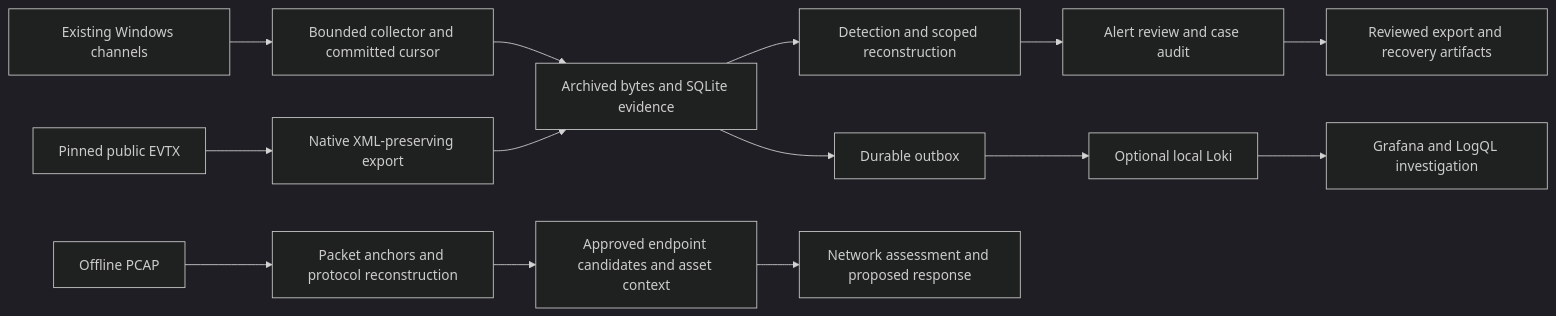
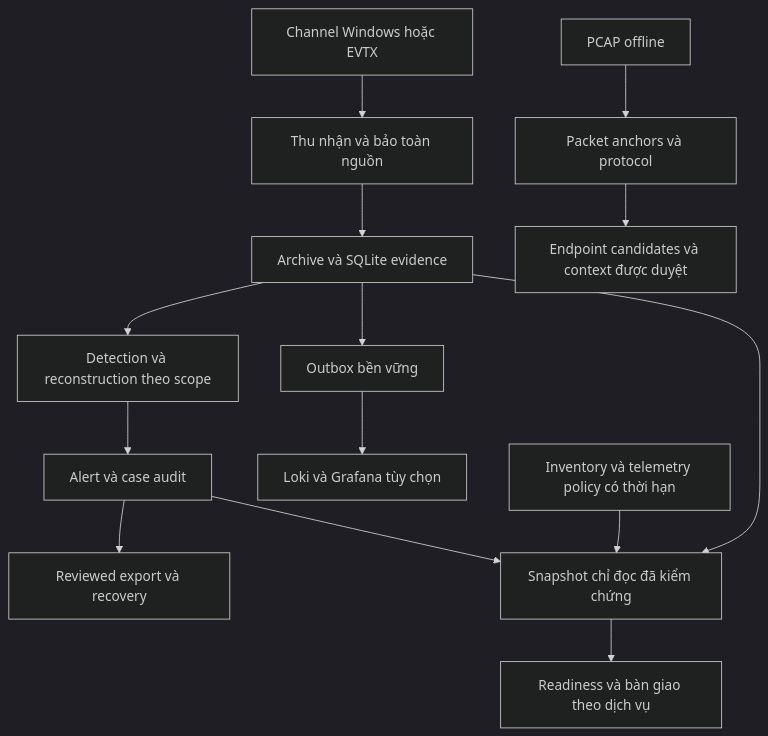
Before and after one commit to tngoc1810/soc-investigation-lab: the diagram in README.md, drawn with Mermaid (dark theme). The commit also changed other lines of this file and 36 other files, not shown here.

Commit message:
Add verified service readiness, telemetry quality and Vietnamese project dossier

````diff
--- a/README.md
+++ b/README.md
@@ -19,16 +36,16 @@
 ```mermaid
-flowchart LR
-    W[Existing Windows channels] --> C[Bounded collector and committed cursor]
-    E[Pinned public EVTX] --> X[Native XML-preserving export]
-    C --> S[Archived bytes and SQLite evidence]
-    X --> S
-    S --> D[Detection and scoped reconstruction]
-    S --> Q[Durable outbox]
-    Q --> L[Optional local Loki]
-    L --> G[Grafana and LogQL investigation]
-    D --> A[Alert review and case audit]
-    A --> R[Reviewed export and recovery artifacts]
-    P[Offline PCAP] --> N[Packet anchors and protocol reconstruction]
-    N --> B[Approved endpoint candidates and asset context]
-    B --> V[Network assessment and proposed response]
+flowchart TD
+    A[Channel Windows hoặc EVTX] --> B[Thu nhận và bảo toàn nguồn]
+    B --> C[Archive và SQLite evidence]
+    C --> D[Detection và reconstruction theo scope]
+    C --> E[Outbox bền vững]
+    E --> F[Loki và Grafana tùy chọn]
+    D --> G[Alert và case audit]
+    G --> H[Reviewed export và recovery]
+    C --> I[Snapshot chỉ đọc đã kiểm chứng]
+    G --> I
+    J[Inventory và telemetry policy có thời hạn] --> I
+    I --> K[Readiness và bàn giao theo dịch vụ]
+    L[PCAP offline] --> M[Packet anchors và protocol]
+    M --> N[Endpoint candidates và context được duyệt]
 ```
````
